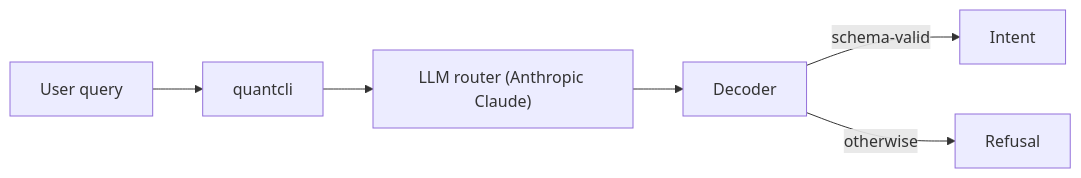
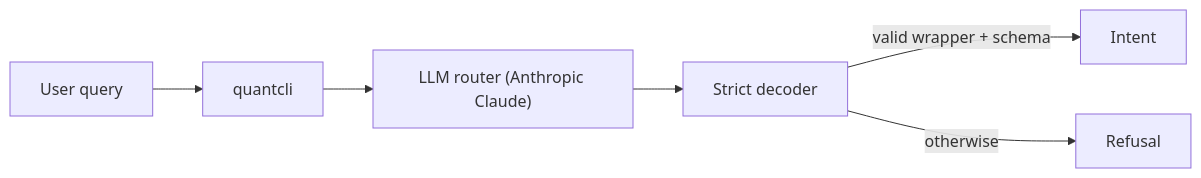
One commit to ihemmige/ai-quant-analytics-cli changed the first of 2 diagrams in README.md. Above: the diagram before and after it, drawn with Mermaid. The commit also changed other lines of this file, not shown here.

````diff
--- a/README.md
+++ b/README.md
@@ -36,9 +35,9 @@
 ```mermaid
 flowchart LR
   U["User query"] --> CLI["quantcli"]
   CLI --> LLM["LLM router (Anthropic Claude)"]
-  LLM --> D["Decoder"]
+  LLM --> D["Strict decoder"]
 
-  D -->|schema-valid| I["Intent"]
+  D -->|valid wrapper + schema| I["Intent"]
   D -->|otherwise| Rf["Refusal"]
 ```
````
